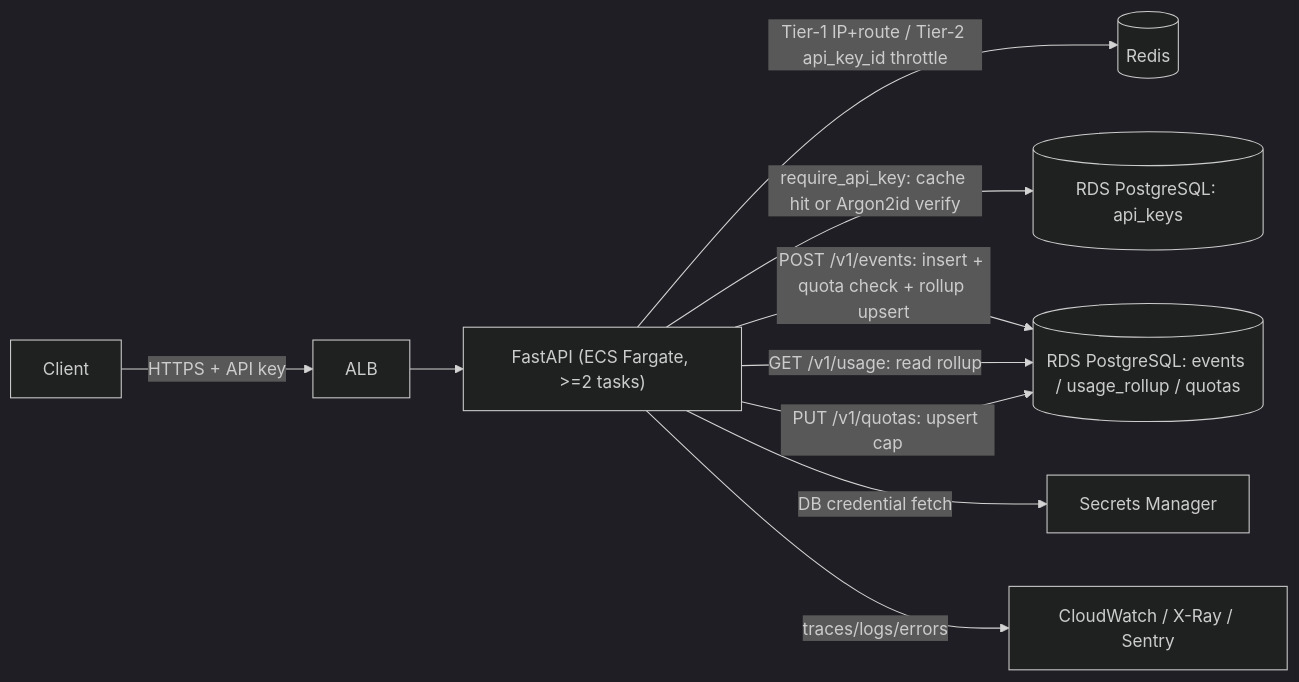
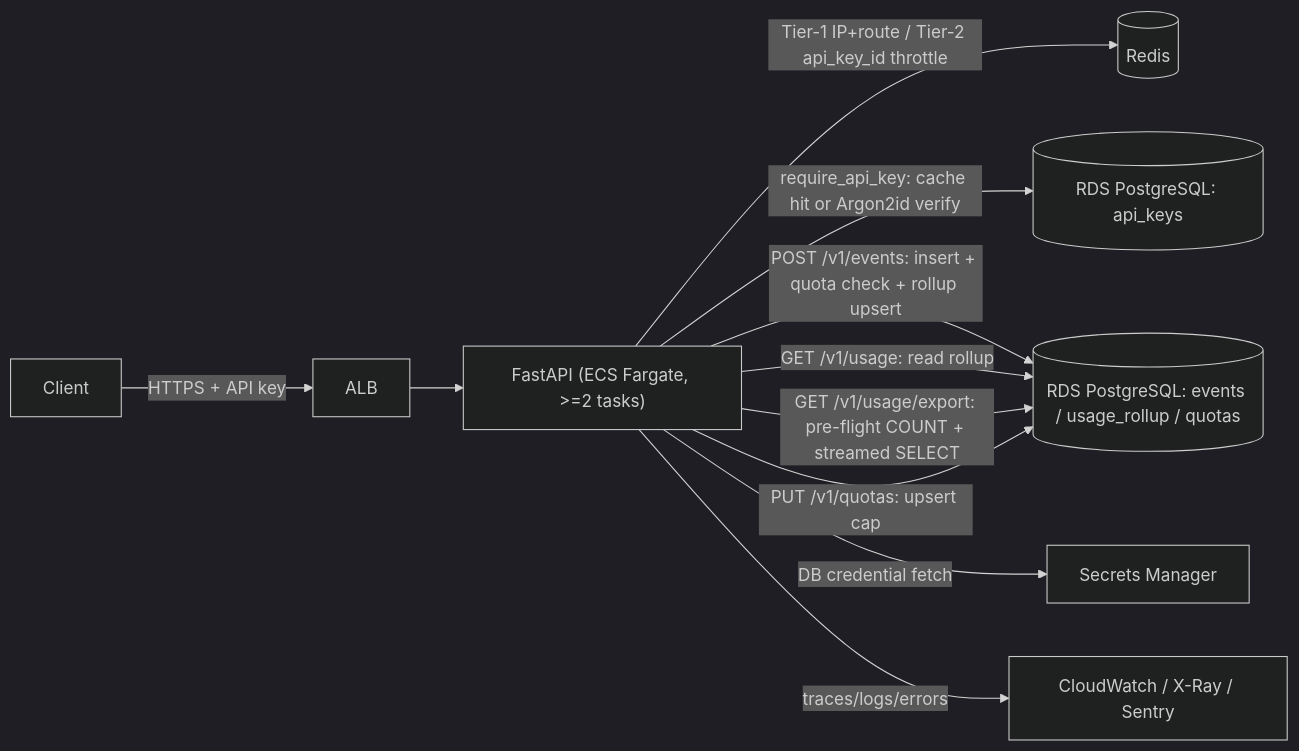
Before and after one commit to bretthinkle123/meterly-pipeline-test: the diagram in docs/system_architecture.md, drawn with Mermaid (dark theme). The commit also changed other lines of this file and 23 other files, not shown here.

Commit message:
Add GET /v1/usage/export CSV export endpoint

````diff
--- a/docs/system_architecture.md
+++ b/docs/system_architecture.md
@@ -18,12 +19,13 @@
 ```mermaid
 flowchart LR
     Client[Client] -->|"HTTPS + API key"| ALB[ALB]
     ALB --> FastAPI["FastAPI (ECS Fargate, >=2 tasks)"]
     FastAPI -->|"Tier-1 IP+route / Tier-2 api_key_id throttle"| Redis[(Redis)]
     FastAPI -->|"require_api_key: cache hit or Argon2id verify"| AuthDB[(RDS PostgreSQL: api_keys)]
     FastAPI -->|"POST /v1/events: insert + quota check + rollup upsert"| EventsDB[(RDS PostgreSQL: events / usage_rollup / quotas)]
     FastAPI -->|"GET /v1/usage: read rollup"| EventsDB
+    FastAPI -->|"GET /v1/usage/export: pre-flight COUNT + streamed SELECT"| EventsDB
     FastAPI -->|"PUT /v1/quotas: upsert cap"| EventsDB
     FastAPI -->|"DB credential fetch"| Secrets[Secrets Manager]
     FastAPI -->|"traces/logs/errors"| Observability["CloudWatch / X-Ray / Sentry"]
 ```
````
